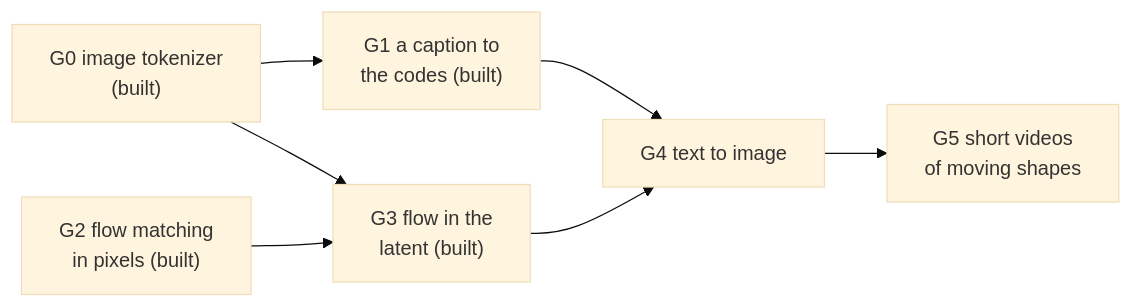
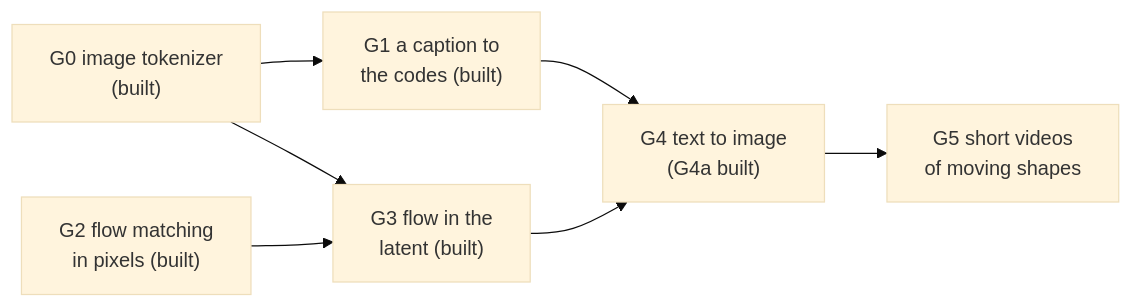
Before and after one commit to kunwarmahen/aksharallm: the first of 8 diagrams in docs/26-pictures.md, drawn with Mermaid (base theme). The commit also changed other lines of this file and 20 other files, not shown here.

````diff
--- a/docs/26-pictures.md
+++ b/docs/26-pictures.md
@@ -10,9 +10,9 @@
 ```mermaid
 flowchart LR
     G0["G0 image tokenizer<br/>(built)"] --> G1["G1 a caption to<br/>the codes (built)"]
     G0 --> G3["G3 flow in the<br/>latent (built)"]
     G2["G2 flow matching<br/>in pixels (built)"] --> G3
-    G1 --> G4["G4 text to image"]
+    G1 --> G4["G4 text to image<br/>(G4a built)"]
     G3 --> G4
     G4 --> G5["G5 short videos<br/>of moving shapes"]
 ```
````
